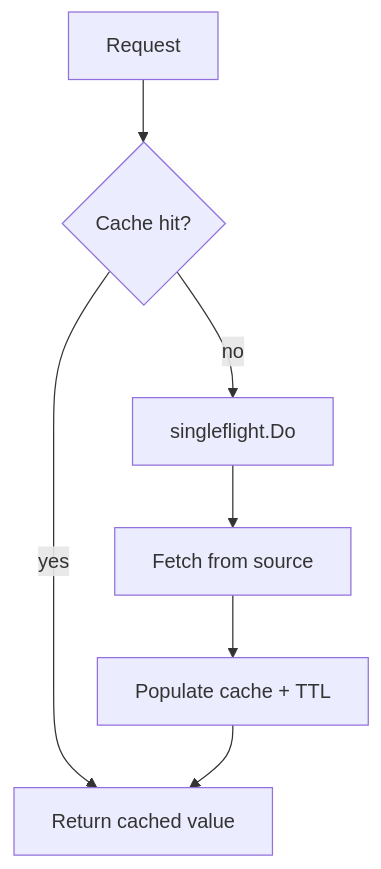
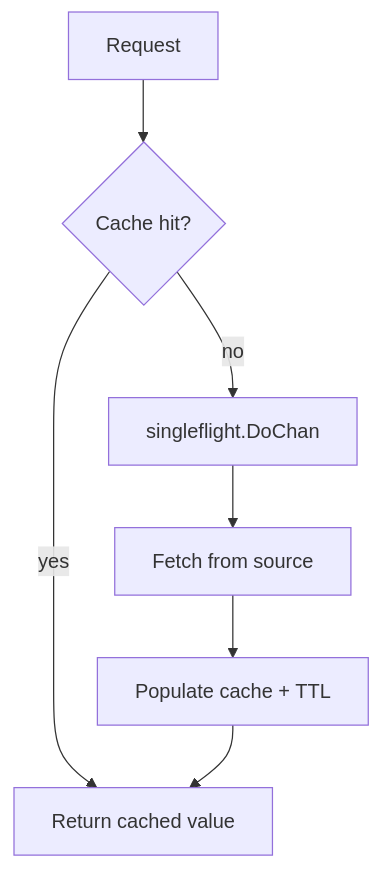
Before and after one commit to sokoide/workshop: the third of 5 diagrams in software/go_cache_patterns_en.md, drawn with Mermaid. The commit also changed other lines of this file and 61 other files, not shown here.

````diff
--- a/software/go_cache_patterns_en.md
+++ b/software/go_cache_patterns_en.md
@@ -321,9 +321,9 @@
 ```mermaid
 flowchart TD
     A[Request] --> B{Cache hit?}
     B -- yes --> C[Return cached value]
-    B -- no --> D[singleflight.Do]
+    B -- no --> D[singleflight.DoChan]
     D --> E[Fetch from source]
     E --> F[Populate cache + TTL]
     F --> C
 ```
````
